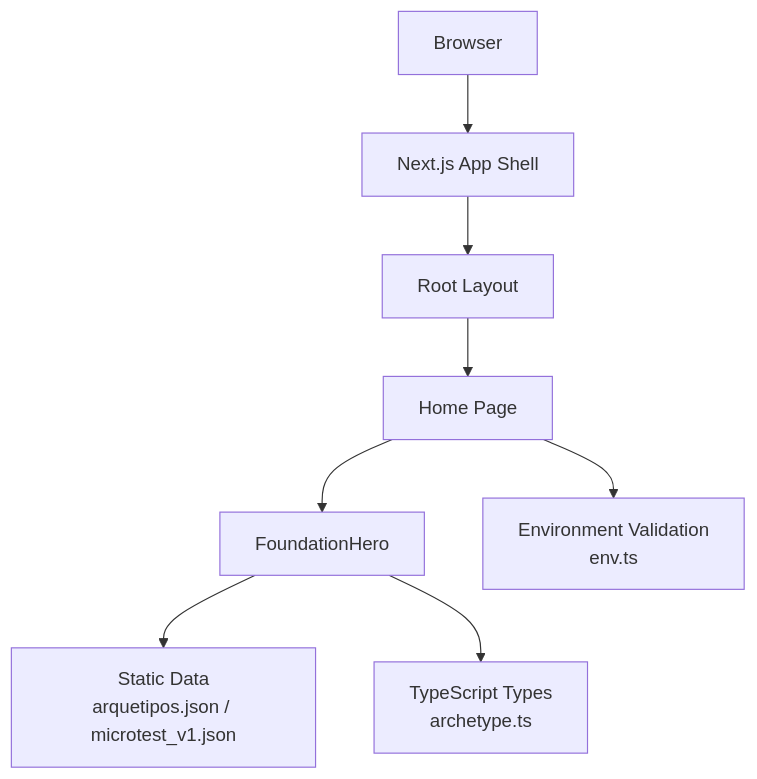
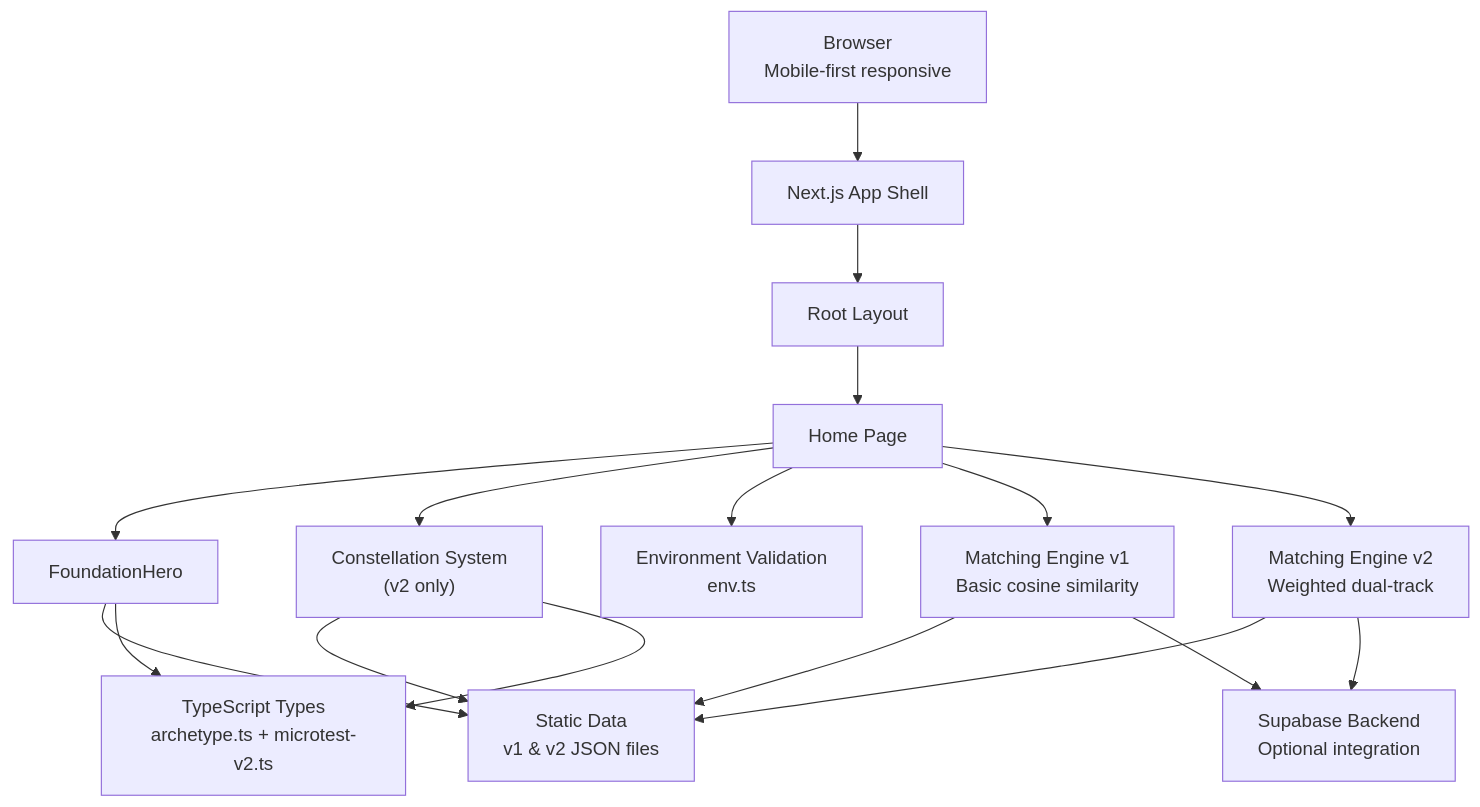
The second of 7 diagrams in .qoder/repowiki/en/content/Project Overview.md (AmeliaDi/ProyectoENESZooMatch), drawn with Mermaid before and after one commit. The commit also changed other lines of this file and 50 other files, not shown here.

````diff
--- a/.qoder/repowiki/en/content/Project Overview.md
+++ b/.qoder/repowiki/en/content/Project Overview.md
@@ -130,18 +175,31 @@
 ```mermaid
 graph TB
-Client["Browser"]
+Client["Browser<br/>Mobile-first responsive"]
 NextApp["Next.js App Shell"]
 LayoutComp["Root Layout"]
 PageComp["Home Page"]
 HeroComp["FoundationHero"]
-DataLayer["Static Data<br/>arquetipos.json / microtest_v1.json"]
-TypesLayer["TypeScript Types<br/>archetype.ts"]
+ConstellationComp["Constellation System<br/>(v2 only)"]
+DataLayer["Static Data<br/>v1 & v2 JSON files"]
+TypesLayer["TypeScript Types<br/>archetype.ts + microtest-v2.ts"]
 EnvLayer["Environment Validation<br/>env.ts"]
+MatchingV1["Matching Engine v1<br/>Basic cosine similarity"]
+MatchingV2["Matching Engine v2<br/>Weighted dual-track"]
+Supabase["Supabase Backend<br/>Optional integration"]
 Client --> NextApp
 NextApp --> LayoutComp
 LayoutComp --> PageComp
 PageComp --> HeroComp
+PageComp --> ConstellationComp
 HeroComp --> DataLayer
+ConstellationComp --> DataLayer
 HeroComp --> TypesLayer
+ConstellationComp --> TypesLayer
 PageComp --> EnvLayer
+MatchingV1 --> DataLayer
+MatchingV2 --> DataLayer
+PageComp --> MatchingV1
+PageComp --> MatchingV2
+MatchingV1 --> Supabase
+MatchingV2 --> Supabase
 ```
````
